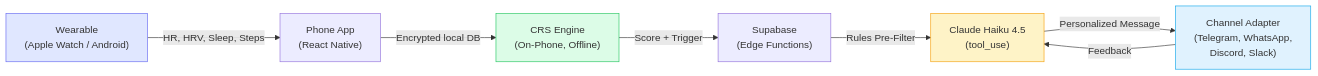
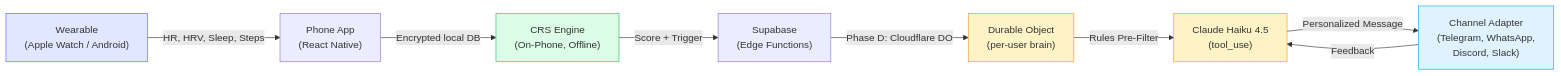
Before and after one commit to Pin4sf/Waldo: the first of 6 diagrams in docs-site/README.md, drawn with Mermaid. The commit also changed other lines of this file and 1924 other files, not shown here.

First line of the commit message:
docs: Session 4 — Claude Code reverse engineering + 2026 agent landscape + architecture upgrades

````diff
--- a/docs-site/README.md
+++ b/docs-site/README.md
@@ -17,14 +17,16 @@
 ```mermaid
 graph LR
     W["Wearable<br/>(Apple Watch / Android)"] -->|HR, HRV, Sleep, Steps| P["Phone App<br/>(React Native)"]
     P -->|Encrypted local DB| CRS["CRS Engine<br/>(On-Phone, Offline)"]
     CRS -->|Score + Trigger| S["Supabase<br/>(Edge Functions)"]
-    S -->|Rules Pre-Filter| AI["Claude Haiku 4.5<br/>(tool_use)"]
+    S -->|Phase D: Cloudflare DO| DO["Durable Object<br/>(per-user brain)"]
+    DO -->|Rules Pre-Filter| AI["Claude Haiku 4.5<br/>(tool_use)"]
     AI -->|Personalized Message| T["Channel Adapter<br/>(Telegram, WhatsApp,<br/>Discord, Slack)"]
     T -->|Feedback| AI
 
     style W fill:#e0e7ff,stroke:#6366f1
     style CRS fill:#dcfce7,stroke:#22c55e
     style AI fill:#fef3c7,stroke:#f59e0b
+    style DO fill:#fef3c7,stroke:#f59e0b
     style T fill:#e0f2fe,stroke:#0ea5e9
 ```
````
